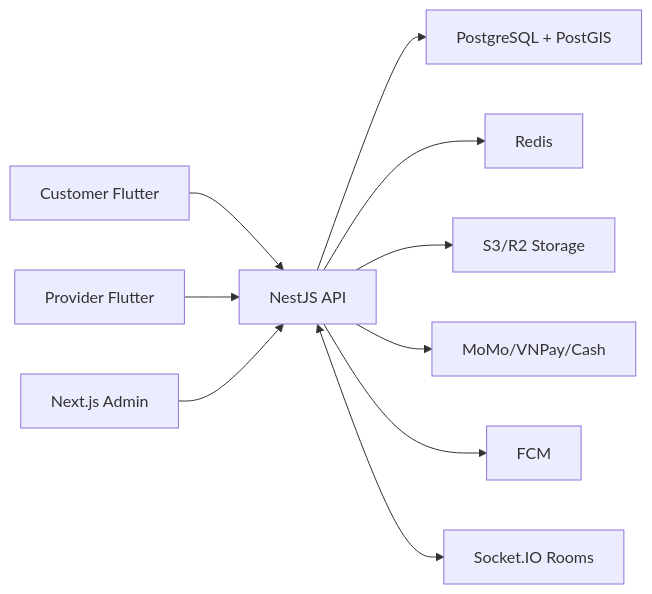
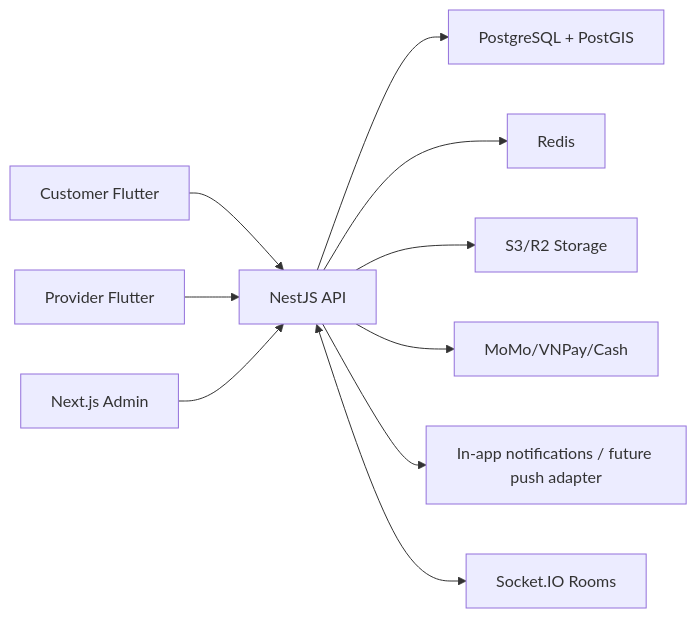
Before and after one commit to cooluki7709-crypto/massage: the diagram in docs/architecture/product-architecture.md, drawn with Mermaid. The commit also changed other lines of this file and 13 other files, not shown here.

Commit message:
refactor(notifications): remove fcm delivery adapter

````diff
--- a/docs/architecture/product-architecture.md
+++ b/docs/architecture/product-architecture.md
@@ -7,12 +7,12 @@
 ```mermaid
 flowchart LR
   C["Customer Flutter"] --> API["NestJS API"]
   P["Provider Flutter"] --> API
   A["Next.js Admin"] --> API
   API --> DB["PostgreSQL + PostGIS"]
   API --> R["Redis"]
   API --> S["S3/R2 Storage"]
   API --> Pay["MoMo/VNPay/Cash"]
-  API --> Push["FCM"]
+  API --> Push["In-app notifications / future push adapter"]
   API <--> WS["Socket.IO Rooms"]
 ```
````
